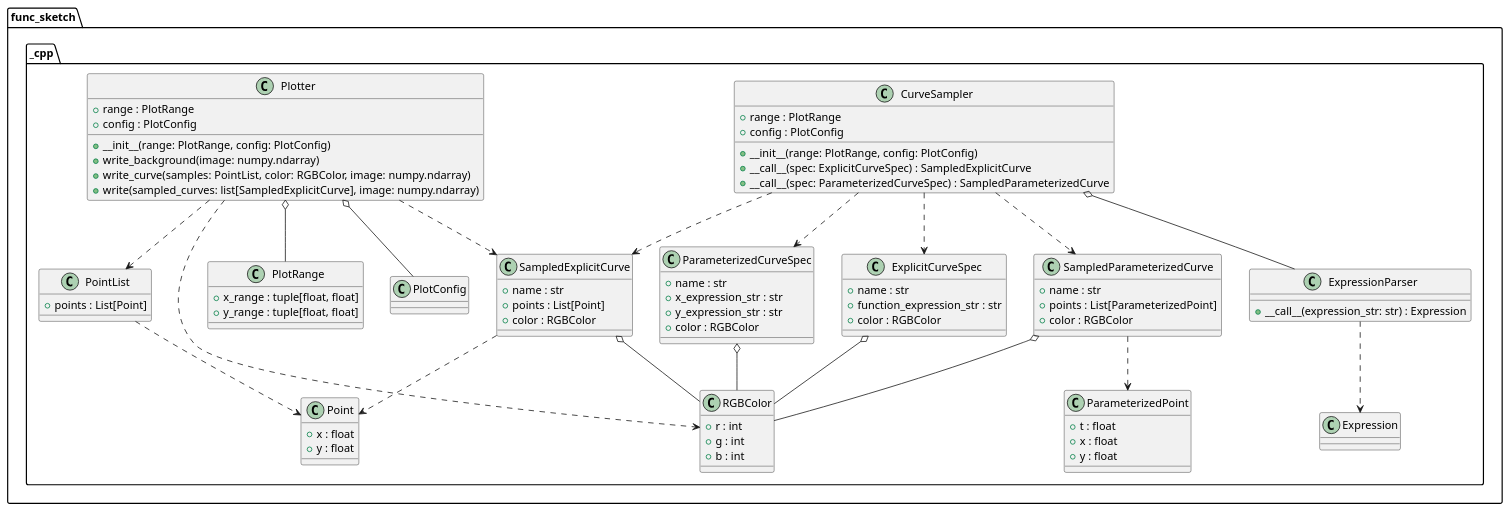
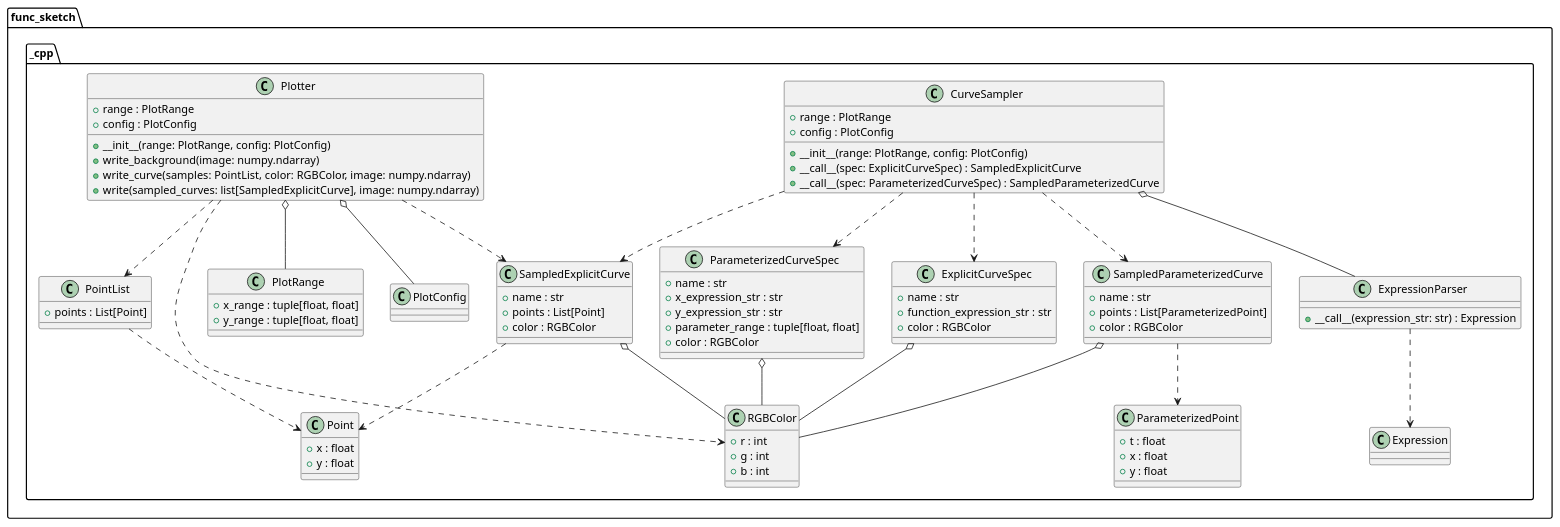
Before and after one commit to MusicScience37/FuncSketch: the diagram in docs/sphinx/design_notes/classes_python.puml, drawn with PlantUML. The commit also changed 4 other files, not shown here.

```diff
--- a/docs/sphinx/design_notes/classes_python.puml
+++ b/docs/sphinx/design_notes/classes_python.puml
@@ -1,101 +1,102 @@
 @startuml classes_python
 
 package func_sketch {
     package _cpp {
         class Expression
 
         class ExpressionParser {
             + __call__(expression_str: str) : Expression
         }
         ExpressionParser ..> Expression
 
         class RGBColor {
             + r : int
             + g : int
             + b : int
         }
 
         class Point {
             + x : float
             + y : float
         }
 
         class ParameterizedPoint {
             + t : float
             + x : float
             + y : float
         }
 
         class PointList {
             + points : List[Point]
         }
         PointList ..> Point
 
         class PlotRange {
             + x_range : tuple[float, float]
             + y_range : tuple[float, float]
         }
 
         class PlotConfig
 
         class ExplicitCurveSpec {
             + name : str
             + function_expression_str : str
             + color : RGBColor
         }
         ExplicitCurveSpec o-- RGBColor
 
         class SampledExplicitCurve {
             + name : str
             + points : List[Point]
             + color : RGBColor
         }
         SampledExplicitCurve ..> Point
         SampledExplicitCurve o-- RGBColor
 
         class ParameterizedCurveSpec {
             + name : str
             + x_expression_str : str
             + y_expression_str : str
+            + parameter_range : tuple[float, float]
             + color : RGBColor
         }
         ParameterizedCurveSpec o-- RGBColor
 
         class SampledParameterizedCurve {
             + name : str
             + points : List[ParameterizedPoint]
             + color : RGBColor
         }
         SampledParameterizedCurve ..> ParameterizedPoint
         SampledParameterizedCurve o-- RGBColor
 
         class CurveSampler {
             + __init__(range: PlotRange, config: PlotConfig)
             + range : PlotRange
             + config : PlotConfig
             + __call__(spec: ExplicitCurveSpec) : SampledExplicitCurve
             + __call__(spec: ParameterizedCurveSpec) : SampledParameterizedCurve
         }
         CurveSampler o-- ExpressionParser
         CurveSampler ..> ExplicitCurveSpec
         CurveSampler ..> SampledExplicitCurve
         CurveSampler ..> ParameterizedCurveSpec
         CurveSampler ..> SampledParameterizedCurve
 
         class Plotter {
             + __init__(range: PlotRange, config: PlotConfig)
             + range : PlotRange
             + config : PlotConfig
             + write_background(image: numpy.ndarray)
             + write_curve(samples: PointList, color: RGBColor, image: numpy.ndarray)
             + write(sampled_curves: list[SampledExplicitCurve], image: numpy.ndarray)
         }
         Plotter o-- PlotRange
         Plotter o-- PlotConfig
         Plotter ..> PointList
         Plotter ..> SampledExplicitCurve
         Plotter ..> RGBColor
     }
 }
 
 @enduml
```
